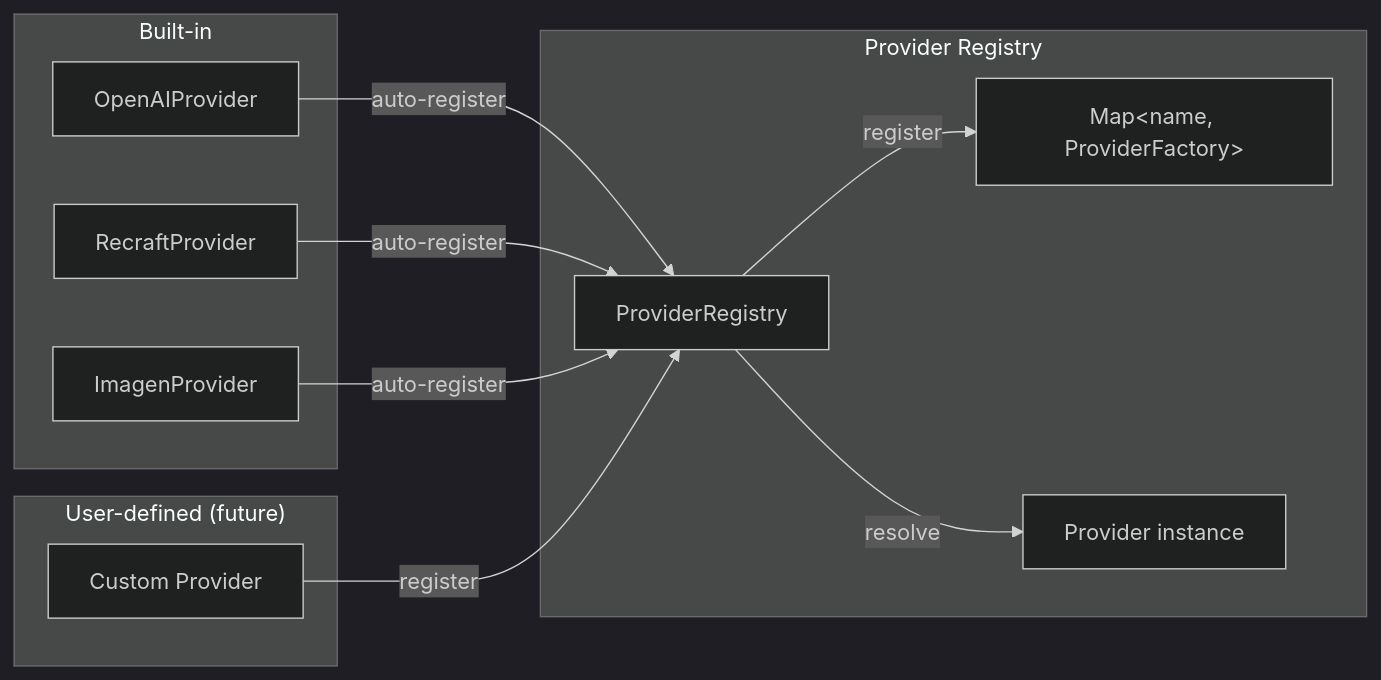
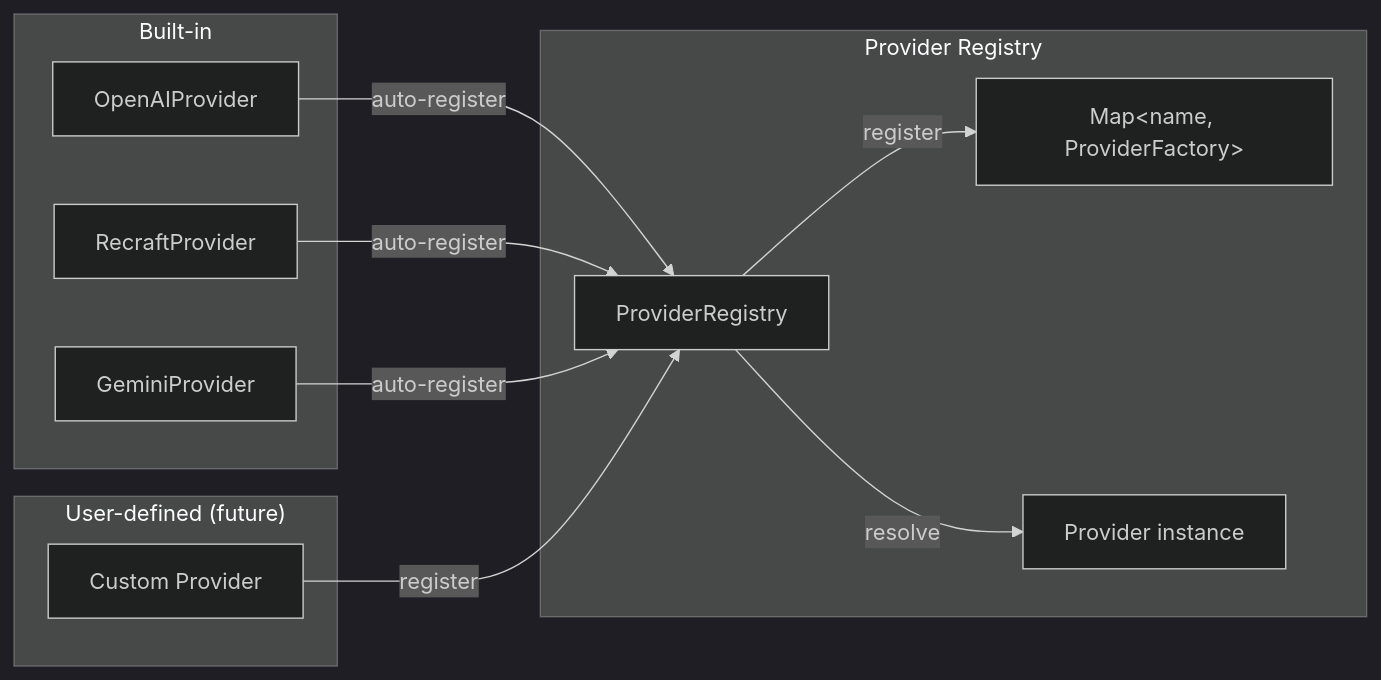
Before and after one commit to creche-studio/ImgGenAI: the fourth of 7 diagrams in docs/design.md, drawn with Mermaid (dark theme). The commit also changed other lines of this file and 26 other files, not shown here.

````diff
--- a/docs/design.md
+++ b/docs/design.md
@@ -232,23 +232,23 @@
 ```mermaid
 graph LR
     subgraph "Provider Registry"
         REG["ProviderRegistry"]
         REG -->|register| MAP["Map&lt;name, ProviderFactory&gt;"]
         REG -->|resolve| INST["Provider instance"]
     end
 
     subgraph "Built-in"
         O["OpenAIProvider"]
         R["RecraftProvider"]
-        I["ImagenProvider"]
+        I["GeminiProvider"]
     end
 
     subgraph "User-defined (future)"
         U["Custom Provider"]
     end
 
     O -->|auto-register| REG
     R -->|auto-register| REG
     I -->|auto-register| REG
     U -->|register| REG
 ```
````
